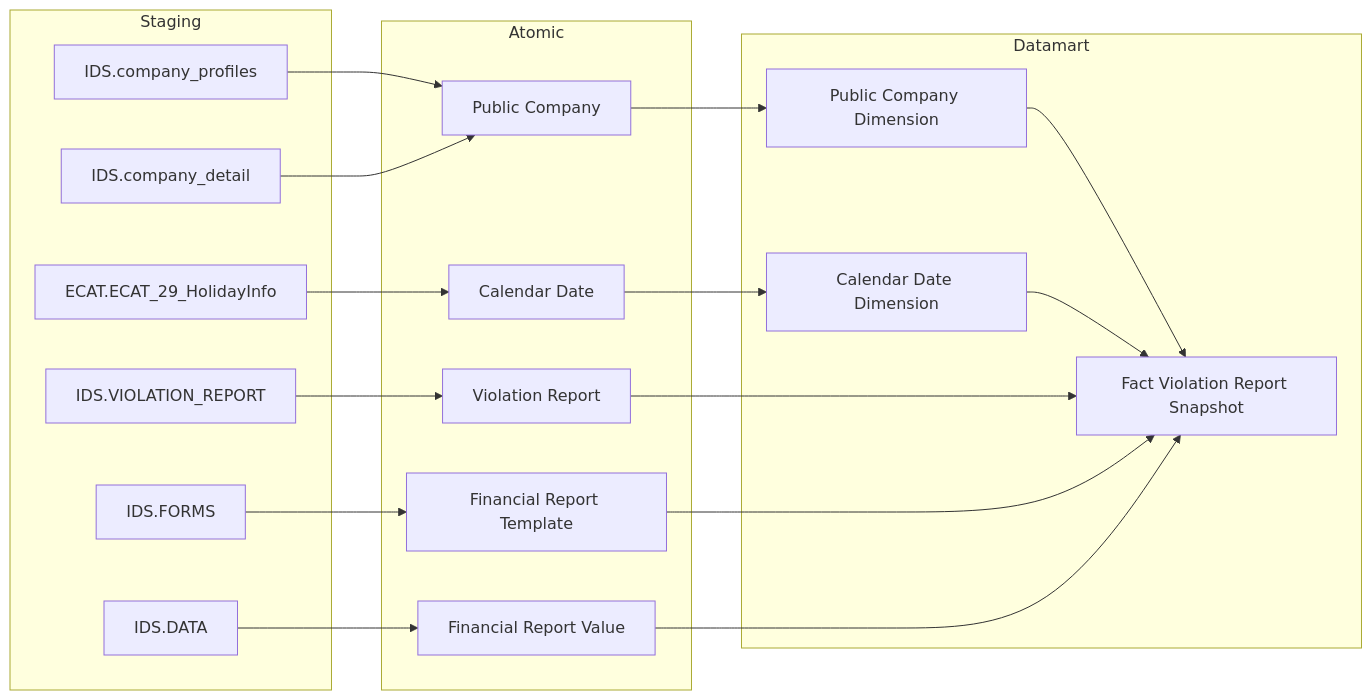
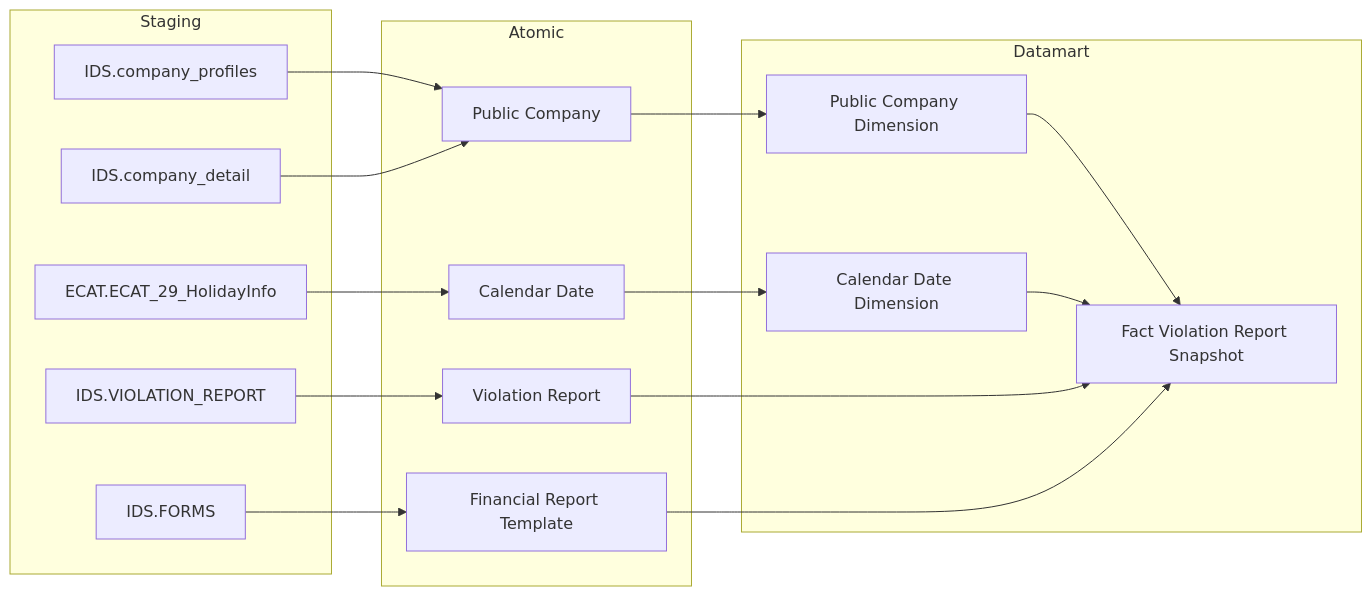
Before and after one commit to linhlvit/ubck_atomic_design: the seventh of 55 diagrams in Datamart/hld/DTM_GSDC_HLD.md, drawn with Mermaid. The commit also changed other lines of this file and 16 other files, not shown here.

````diff
--- a/Datamart/hld/DTM_GSDC_HLD.md
+++ b/Datamart/hld/DTM_GSDC_HLD.md
@@ -216,36 +216,32 @@
 ```mermaid
 flowchart LR
     subgraph SRC["Staging"]
         IDS_company_profiles["IDS.company_profiles"]
         IDS_company_detail["IDS.company_detail"]
         ECAT_ECAT_29_HolidayInfo["ECAT.ECAT_29_HolidayInfo"]
         IDS_VIOLATION_REPORT["IDS.VIOLATION_REPORT"]
         IDS_FORMS["IDS.FORMS"]
-        IDS_DATA_c3["IDS.DATA"]
     end
     subgraph SIL["Atomic"]
         Public_Company["Public Company"]
         Calendar_Date["Calendar Date"]
         Violation_Report["Violation Report"]
         Financial_Report_Template["Financial Report Template"]
-        Financial_Report_Value_c3["Financial Report Value"]
     end
     subgraph GOLD["Datamart"]
         public_company_dim["Public Company Dimension"]
         cdr_dt_dim["Calendar Date Dimension"]
         fct_violation_rpt_snpst["Fact Violation Report Snapshot"]
     end
     IDS_company_profiles --> Public_Company
     IDS_company_detail --> Public_Company
     ECAT_ECAT_29_HolidayInfo --> Calendar_Date
     IDS_VIOLATION_REPORT --> Violation_Report
     IDS_FORMS --> Financial_Report_Template
-    IDS_DATA_c3 --> Financial_Report_Value_c3
     Public_Company --> public_company_dim
     Calendar_Date --> cdr_dt_dim
     public_company_dim --> fct_violation_rpt_snpst
     cdr_dt_dim --> fct_violation_rpt_snpst
     Violation_Report --> fct_violation_rpt_snpst
     Financial_Report_Template --> fct_violation_rpt_snpst
-    Financial_Report_Value_c3 --> fct_violation_rpt_snpst
 ```
````
